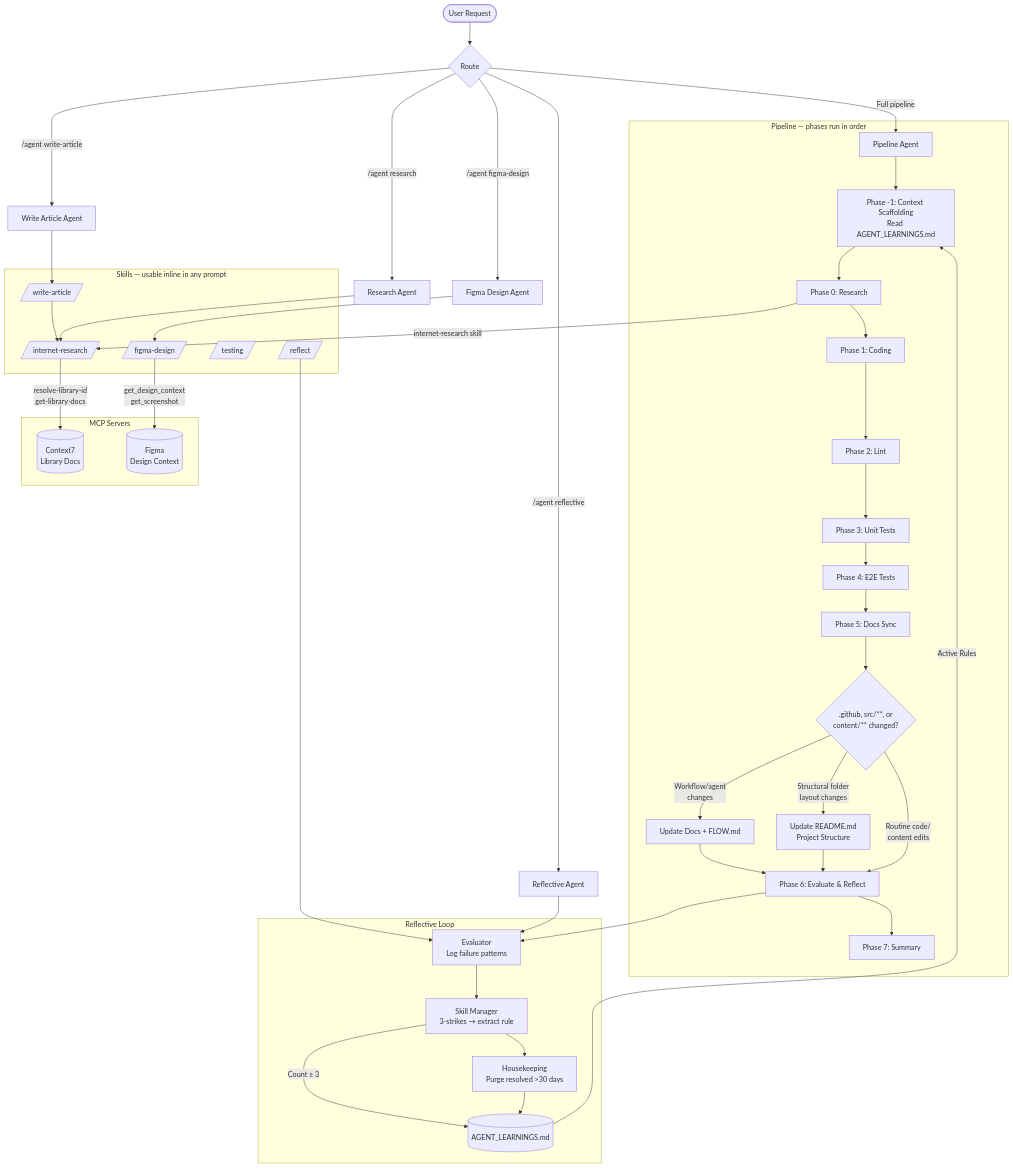
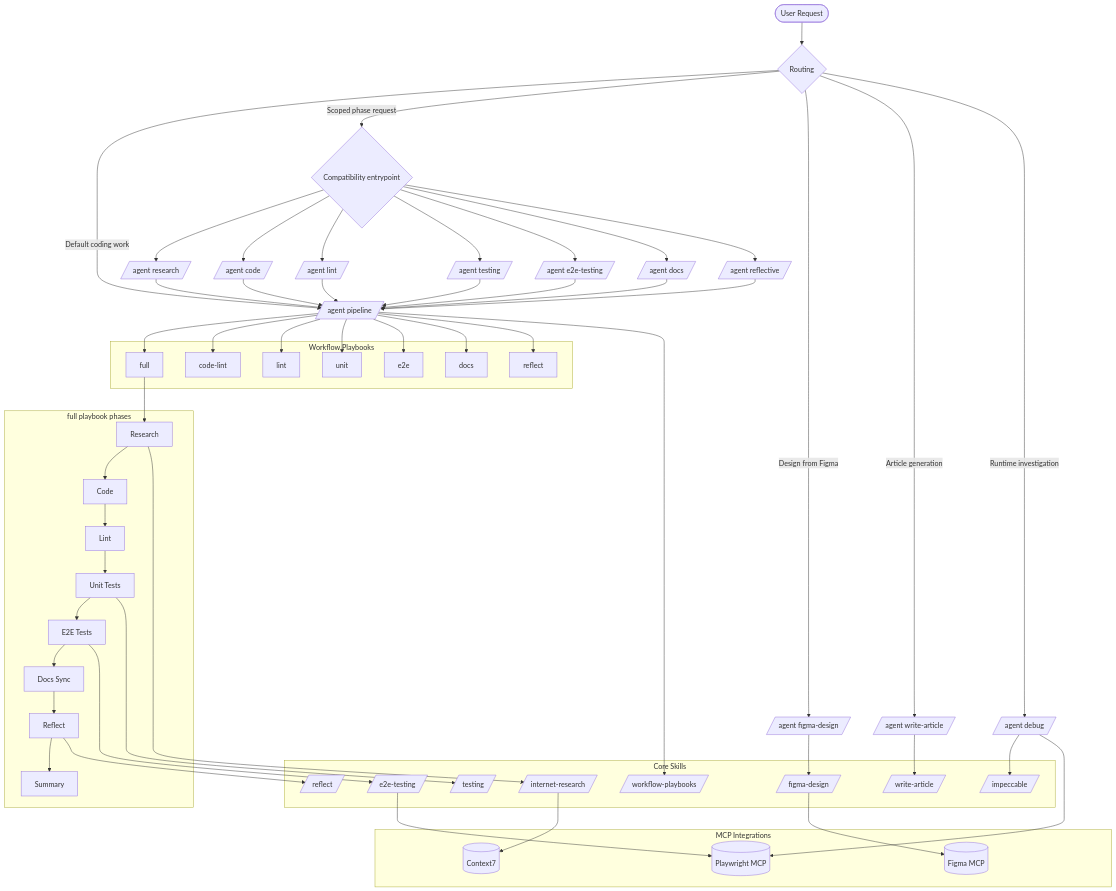
One commit to Loonz206/lennypeters changed the diagram in .github/FLOW.md. Above: the diagram before and after it, drawn with Mermaid. The commit also changed other lines of this file and 30 other files, not shown here.

````diff
--- a/.github/FLOW.md
+++ b/.github/FLOW.md
@@ -7,66 +7,88 @@
 ```mermaid
 flowchart TD
-    A([User Request]) --> R{Route}
+    U([User Request]) --> R{Routing}
 
-    R -->|Full pipeline| PL[Pipeline Agent]
-    R -->|/agent figma-design| FD[Figma Design Agent]
-    R -->|/agent write-article| WA[Write Article Agent]
-    R -->|/agent research| RA[Research Agent]
-    R -->|/agent reflective| RF[Reflective Agent]
+    R -->|Default coding work| P[/agent pipeline/]
+    R -->|Scoped phase request| C{Compatibility entrypoint}
+    R -->|Design from Figma| FD[/agent figma-design/]
+    R -->|Article generation| WA[/agent write-article/]
+    R -->|Runtime investigation| DB[/agent debug/]
 
-    subgraph pipeline [Pipeline — phases run in order]
-        PL --> CS[Phase -1: Context Scaffolding\nRead AGENT_LEARNINGS.md]
-        CS --> P0[Phase 0: Research]
-        P0 --> P1[Phase 1: Coding]
-        P1 --> P2[Phase 2: Lint]
-        P2 --> P3[Phase 3: Unit Tests]
-        P3 --> P4[Phase 4: E2E Tests]
-        P4 --> P5[Phase 5: Docs Sync]
-        P5 --> DC{.github, src/**, or\ncontent/** changed?}
-        DC -->|Workflow/agent\nchanges| DU[Update Docs + FLOW.md]
-        DC -->|Structural folder\nlayout changes| DR[Update README.md\nProject Structure]
-        DU --> P6[Phase 6: Evaluate & Reflect]
-        DR --> P6
-        DC -->|Routine code/\ncontent edits| P6
-        P6 --> P7[Phase 7: Summary]
+    C --> RC[/agent research/]
+    C --> CC[/agent code/]
+    C --> LC[/agent lint/]
+    C --> TC[/agent testing/]
+    C --> EC[/agent e2e-testing/]
+    C --> DC[/agent docs/]
+    C --> RFC[/agent reflective/]
+    RC --> P
+    CC --> P
+    LC --> P
+    TC --> P
+    EC --> P
+    DC --> P
+    RFC --> P
+
+    subgraph playbooks [Workflow Playbooks]
+      PB1[full]
+      PB2[code-lint]
+      PB3[lint]
+      PB4[unit]
+      PB5[e2e]
+      PB6[docs]
+      PB7[reflect]
     end
 
-    subgraph skills [Skills — usable inline in any prompt]
-        SK_IR[/internet-research/]
-        SK_FG[/figma-design/]
-        SK_TS[/testing/]
-        SK_WA[/write-article/]
-        SK_RF[/reflect/]
+    P --> PB1
+    P --> PB2
+    P --> PB3
+    P --> PB4
+    P --> PB5
+    P --> PB6
+    P --> PB7
+
+    subgraph full [full playbook phases]
+      S0[Research]
+      S1[Code]
+      S2[Lint]
+      S3[Unit Tests]
+      S4[E2E Tests]
+      S5[Docs Sync]
+      S6[Reflect]
+      S7[Summary]
+      S0 --> S1 --> S2 --> S3 --> S4 --> S5 --> S6 --> S7
     end
 
-    subgraph mcp [MCP Servers]
-        MCP_C7[(Context7\nLibrary Docs)]
-        MCP_FG[(Figma\nDesign Context)]
+    PB1 --> S0
+
+    subgraph skills [Core Skills]
+      SKP[/workflow-playbooks/]
+      SKR[/internet-research/]
+      SKT[/testing/]
+      SKE[/e2e-testing/]
+      SKF[/figma-design/]
+      SKW[/write-article/]
+      SKRF[/reflect/]
+      SKI[/impeccable/]
     end
 
-    subgraph reflective [Reflective Loop]
-        AL[(AGENT_LEARNINGS.md)]
-        EV[Evaluator\nLog failure patterns]
-        SM[Skill Manager\n3-strikes → extract rule]
-        HK[Housekeeping\nPurge resolved >30 days]
-        AL -->|Active Rules| CS
-        P6 --> EV
-        EV --> SM
-        SM -->|Count ≥ 3| AL
-        SM --> HK
-        HK --> AL
+    P --> SKP
+    S0 --> SKR
+    S3 --> SKT
+    S4 --> SKE
+    FD --> SKF
+    WA --> SKW
+    S6 --> SKRF
+    DB --> SKI
+
+    subgraph mcp [MCP Integrations]
+      C7[(Context7)]
+      FG[(Figma MCP)]
+      PW[(Playwright MCP)]
     end
 
-    P0 -->|internet-research skill| SK_IR
-    SK_IR -->|resolve-library-id\nget-library-docs| MCP_C7
-
-    FD --> SK_FG
-    SK_FG -->|get_design_context\nget_screenshot| MCP_FG
-
-    SK_WA --> SK_IR
-    SK_RF --> EV
-
-    WA --> SK_WA
-    RA --> SK_IR
-    RF --> EV
+    SKR --> C7
+    SKF --> FG
+    SKE --> PW
+    DB --> PW
 ```
````
